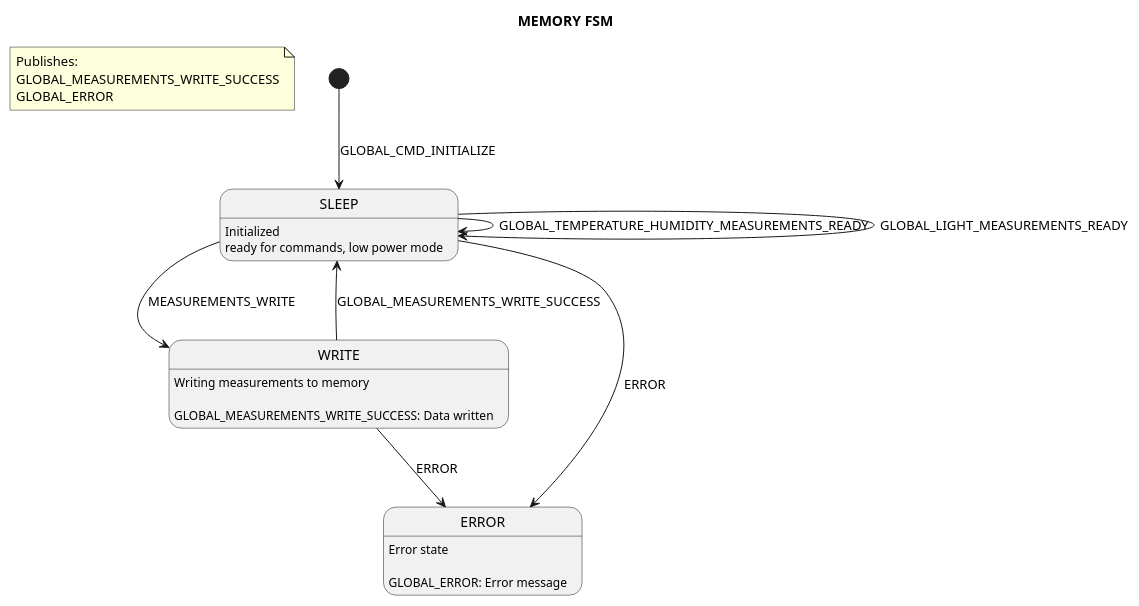
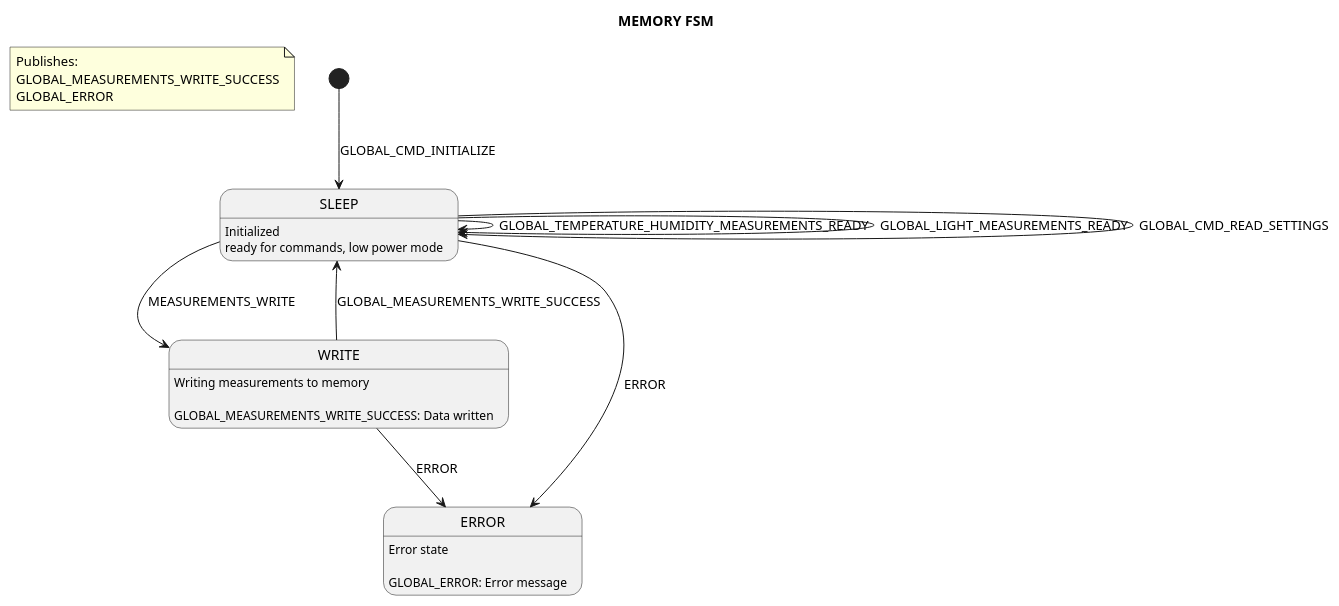
One commit to polesskiy-dev/iot-risk-logger-stm32l4 changed the diagram in firmware/iot-risk-logger-stm32l4/app/tasks/memory/README.md. Above: the diagram before and after it, drawn with PlantUML. The commit also changed 11 other files, not shown here.

````diff
--- a/firmware/iot-risk-logger-stm32l4/app/tasks/memory/README.md
+++ b/firmware/iot-risk-logger-stm32l4/app/tasks/memory/README.md
@@ -10,22 +10,23 @@
 ```plantuml
 @startuml
 title MEMORY FSM
 hide empty description
 
 note "Publishes: \nGLOBAL_MEASUREMENTS_WRITE_SUCCESS\nGLOBAL_ERROR" as N1
 
 SLEEP: Initialized\nready for commands, low power mode
 WRITE: Writing measurements to memory\n\nGLOBAL_MEASUREMENTS_WRITE_SUCCESS: Data written
 ERROR: Error state\n\nGLOBAL_ERROR: Error message
 
 [*] --> SLEEP : GLOBAL_CMD_INITIALIZE
 SLEEP --> SLEEP : GLOBAL_TEMPERATURE_HUMIDITY_MEASUREMENTS_READY
 SLEEP --> SLEEP : GLOBAL_LIGHT_MEASUREMENTS_READY
+SLEEP --> SLEEP : GLOBAL_CMD_READ_SETTINGS
 SLEEP --> WRITE : MEASUREMENTS_WRITE
 
 WRITE --> SLEEP : GLOBAL_MEASUREMENTS_WRITE_SUCCESS
 
 SLEEP --> ERROR : ERROR
 WRITE --> ERROR : ERROR
 @enduml
 ```
````
